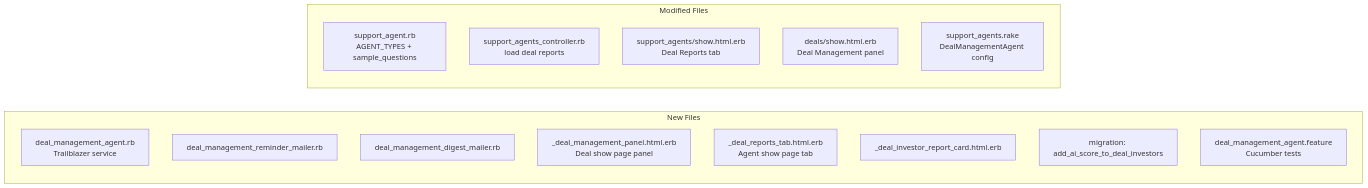
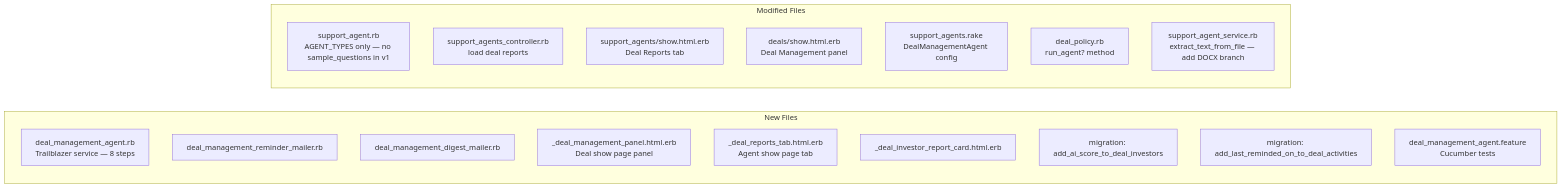
The eighth of 8 diagrams in docs/ai/deal_management_agent_prd.md (sampadadiwan/IRM_CompanyMain), drawn with Mermaid before and after one commit. The commit also changed other lines of this file and 17 other files, not shown here.

````diff
--- a/docs/ai/deal_management_agent_prd.md
+++ b/docs/ai/deal_management_agent_prd.md
@@ -642,21 +734,24 @@
 ```mermaid
 graph LR
     subgraph New Files
-        A[deal_management_agent.rb\nTrailblazer service]
+        A[deal_management_agent.rb\nTrailblazer service — 8 steps]
         B[deal_management_reminder_mailer.rb]
         C[deal_management_digest_mailer.rb]
         D[_deal_management_panel.html.erb\nDeal show page panel]
         E[_deal_reports_tab.html.erb\nAgent show page tab]
         F[_deal_investor_report_card.html.erb]
         G[migration: add_ai_score_to_deal_investors]
+        G2[migration: add_last_reminded_on_to_deal_activities]
         H[deal_management_agent.feature\nCucumber tests]
     end
 
     subgraph Modified Files
-        I[support_agent.rb\nAGENT_TYPES + sample_questions]
+        I[support_agent.rb\nAGENT_TYPES only — no sample_questions in v1]
         J[support_agents_controller.rb\nload deal reports]
         K[support_agents/show.html.erb\nDeal Reports tab]
         L[deals/show.html.erb\nDeal Management panel]
         M[support_agents.rake\nDealManagementAgent config]
+        N[deal_policy.rb\nrun_agent? method]
+        O[support_agent_service.rb\nextract_text_from_file — add DOCX branch]
     end
 ```
````
